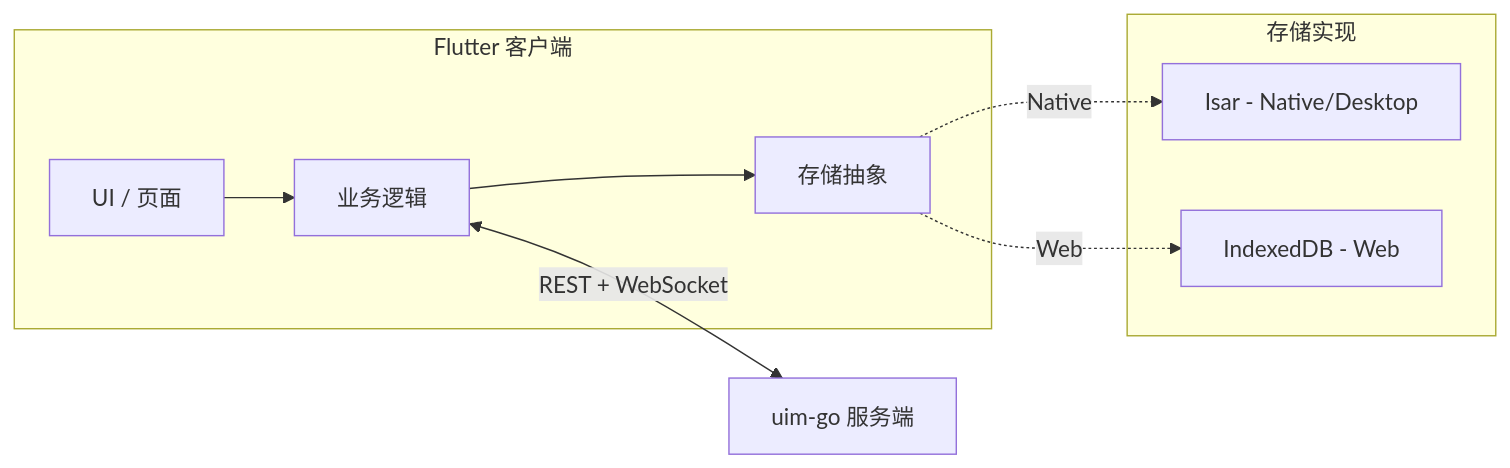
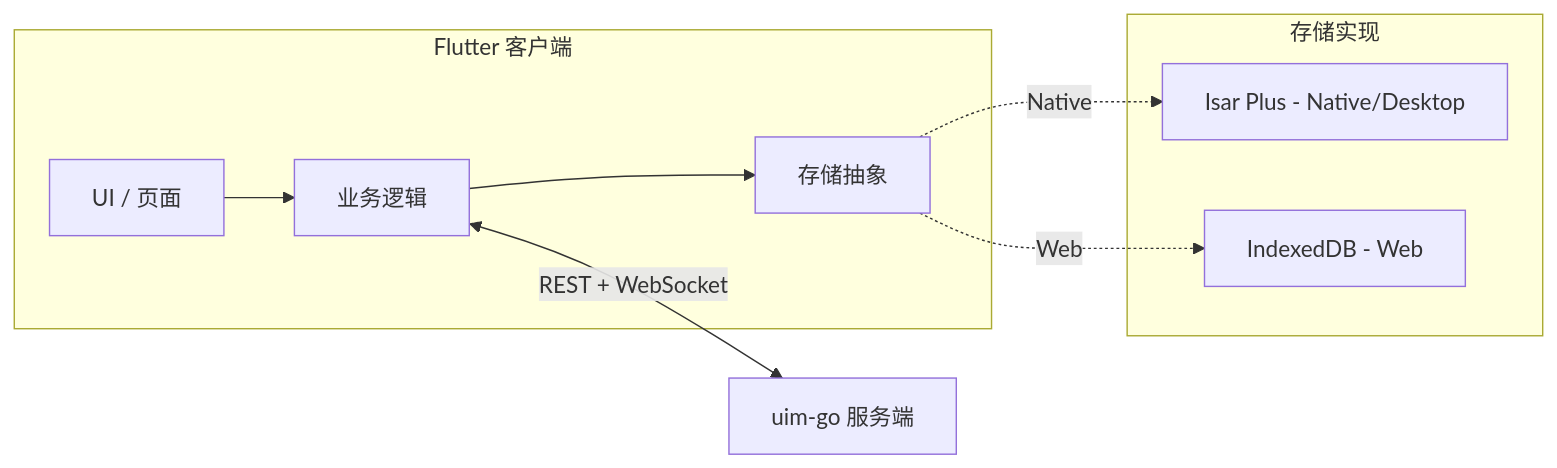
The diagram in doc/frontend/uim-flutter-refactor.zh-cn.md (convexwf/uim-go), drawn with Mermaid before and after one commit. The commit also changed other lines of this file and 22 other files, not shown here.

````diff
--- a/doc/frontend/uim-flutter-refactor.zh-cn.md
+++ b/doc/frontend/uim-flutter-refactor.zh-cn.md
@@ -173,20 +173,20 @@
 ```mermaid
 flowchart LR
   subgraph client [Flutter 客户端]
     UI[UI / 页面]
     Biz[业务逻辑]
     StoreAbstraction[存储抽象]
     UI --> Biz
     Biz --> StoreAbstraction
   end
 
   subgraph backends [存储实现]
-    IsarImpl[Isar - Native/Desktop]
+    IsarPlusImpl[Isar Plus - Native/Desktop]
     IdbImpl[IndexedDB - Web]
   end
 
-  StoreAbstraction -.->|Native| IsarImpl
+  StoreAbstraction -.->|Native| IsarPlusImpl
   StoreAbstraction -.->|Web| IdbImpl
 
   Biz <-->|REST + WebSocket| uimgo[uim-go 服务端]
 ```
````
